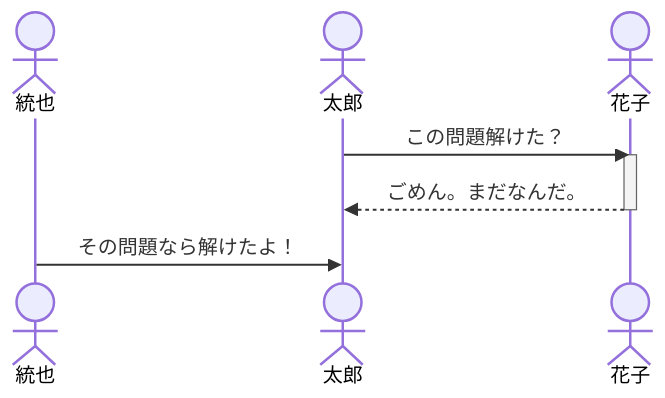
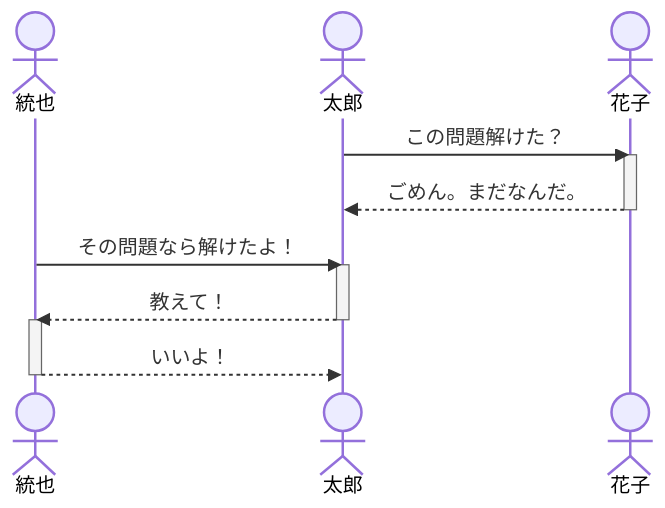
One commit to KinoshitaToya/mermaid_test changed the second of 3 diagrams in README.md. Above: the diagram before and after it, drawn with Mermaid.

````diff
--- a/README.md
+++ b/README.md
@@ -37,13 +37,18 @@
 ```mermaid
 sequenceDiagram
     actor 統也
     actor 太郎
     actor 花子
     太郎->>花子: この問題解けた？
     activate 花子
     花子-->>太郎: ごめん。まだなんだ。
     deactivate 花子
     統也->>太郎: その問題なら解けたよ！
-    
+    activate 太郎
+    太郎-->>統也: 教えて！
+    deactivate 太郎
+    activate 統也
+    統也-->>太郎: いいよ！
+    deactivate 統也
     
 ```
````
